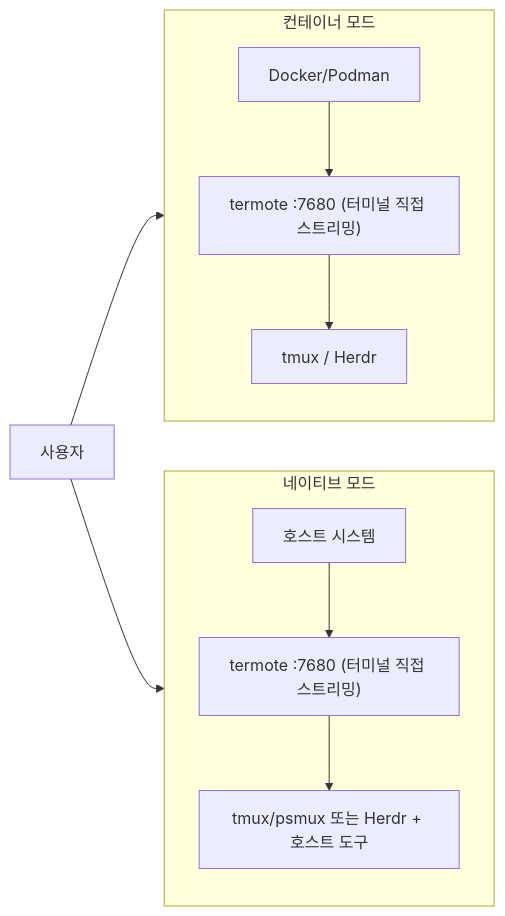
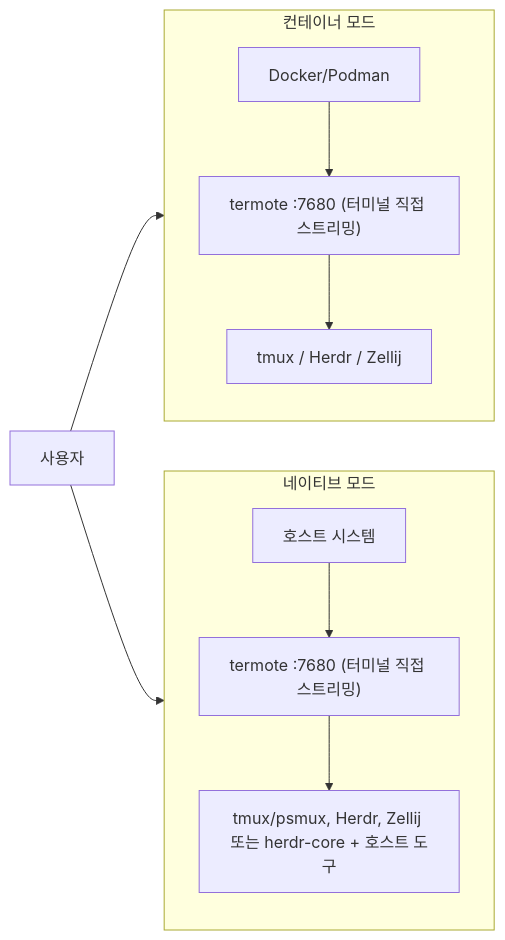
Before and after one commit to lamngockhuong/termote: the second of 2 diagrams in README.ko.md, drawn with Mermaid. The commit also changed other lines of this file and 14 other files, not shown here.

````diff
--- a/README.ko.md
+++ b/README.ko.md
@@ -250,14 +256,14 @@
 ```mermaid
 flowchart LR
     subgraph Container["컨테이너 모드"]
         direction TB
-        C1["Docker/Podman"] --> C2["termote :7680 (터미널 직접 스트리밍)"] --> C3["tmux / Herdr"]
+        C1["Docker/Podman"] --> C2["termote :7680 (터미널 직접 스트리밍)"] --> C3["tmux / Herdr / Zellij"]
     end
 
     subgraph Native["네이티브 모드"]
         direction TB
-        N1["호스트 시스템"] --> N2["termote :7680 (터미널 직접 스트리밍)"] --> N3["tmux/psmux 또는 Herdr + 호스트 도구"]
+        N1["호스트 시스템"] --> N2["termote :7680 (터미널 직접 스트리밍)"] --> N3["tmux/psmux, Herdr, Zellij 또는 herdr-core + 호스트 도구"]
     end
 
     User["사용자"] --> Container & Native
 ```
````
